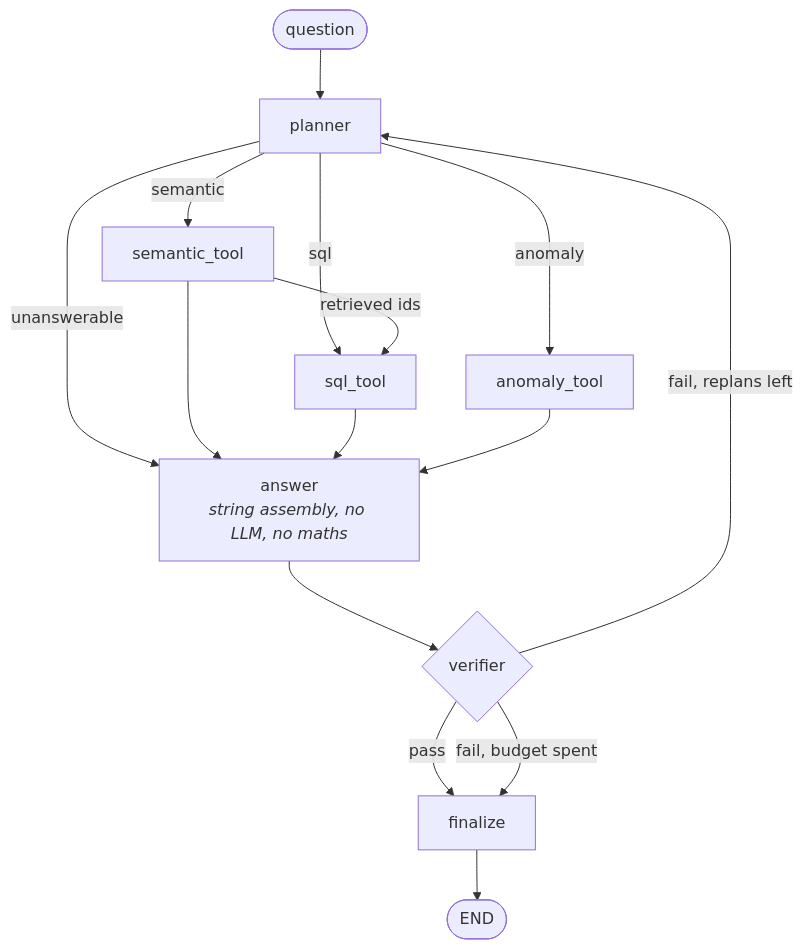
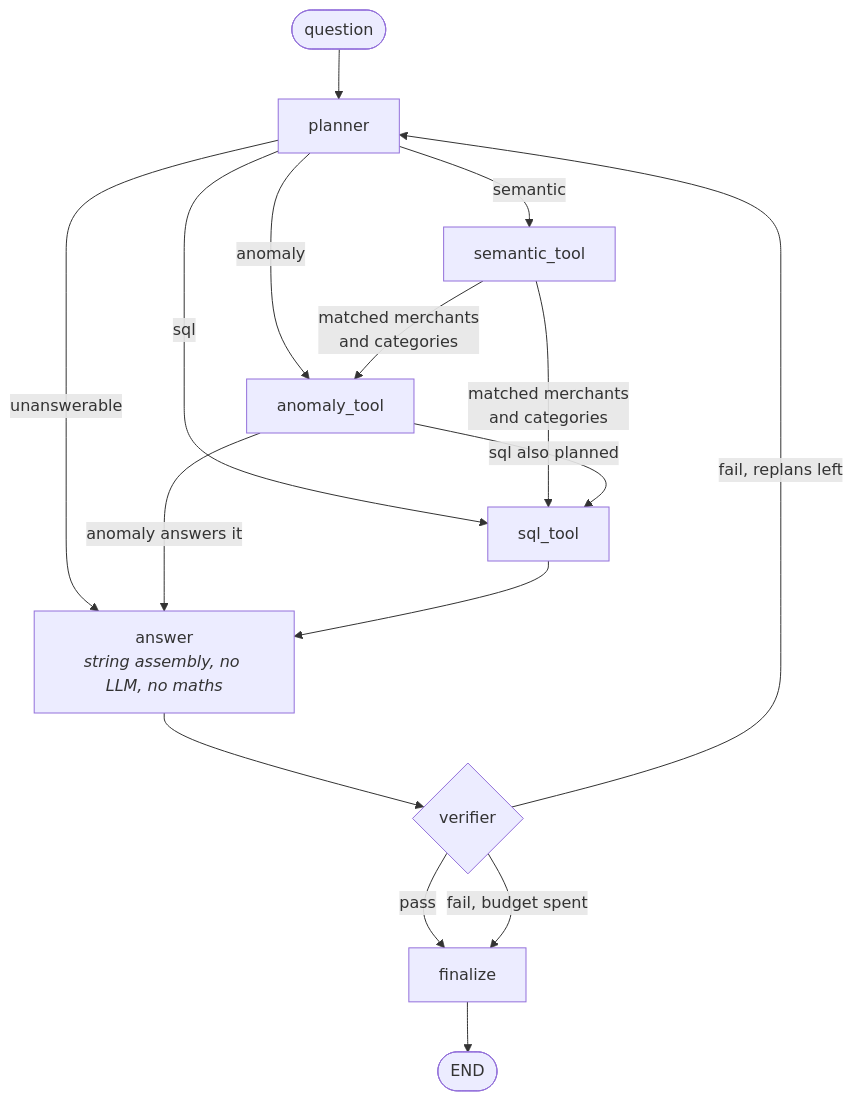
One commit to dhaval270/ledgerlens changed the first of 2 diagrams in README.md. Above: the diagram before and after it, drawn with Mermaid. The commit also changed other lines of this file and 23 other files, not shown here.

````diff
--- a/README.md
+++ b/README.md
@@ -19,17 +19,18 @@
 ```mermaid
 flowchart TD
     Q([question]) --> P[planner]
     P -->|unanswerable| A[answer]
     P -->|semantic| S[semantic_tool]
+    P -->|anomaly| AN[anomaly_tool]
     P -->|sql| SQL[sql_tool]
-    P -->|anomaly| AN[anomaly_tool]
-    S -->|retrieved ids| SQL
-    S --> A
+    S -->|matched merchants<br/>and categories| AN
+    S -->|matched merchants<br/>and categories| SQL
+    AN -->|sql also planned| SQL
+    AN -->|anomaly answers it| A
     SQL --> A
-    AN --> A
     A[answer<br/><i>string assembly, no LLM, no maths</i>] --> V{verifier}
     V -->|fail, replans left| P
     V -->|pass| F[finalize]
     V -->|fail, budget spent| F
     F --> E([END])
 ```
````
